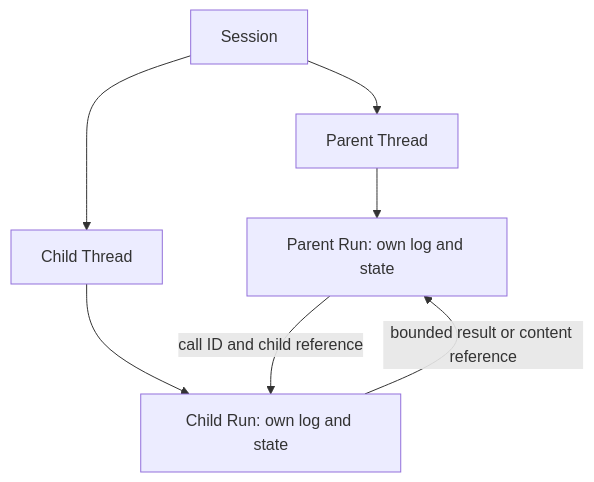
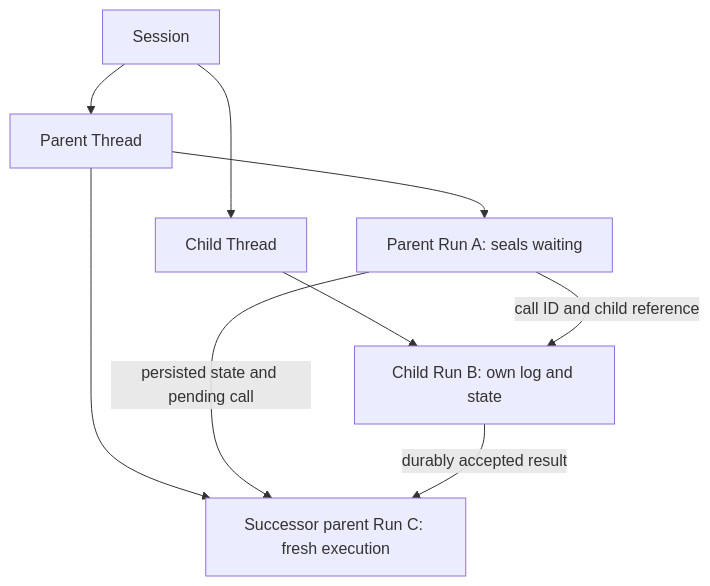
Before and after one commit to converge-ai-labs/agent-foundation: the diagram in spec/a13n-service/journal-proposal/04-usage-and-subagents.md, drawn with Mermaid. The commit also changed other lines of this file and 6 other files, not shown here.

````diff
--- a/spec/a13n-service/journal-proposal/04-usage-and-subagents.md
+++ b/spec/a13n-service/journal-proposal/04-usage-and-subagents.md
@@ -66,9 +67,11 @@
 ```mermaid
 flowchart TD
     S["Session"] --> P["Parent Thread"]
     S --> C["Child Thread"]
-    P --> PR["Parent Run: own log and state"]
-    C --> CR["Child Run: own log and state"]
+    P --> PR["Parent Run A: seals waiting"]
+    P --> SR["Successor parent Run C: fresh execution"]
+    C --> CR["Child Run B: own log and state"]
     PR -->|"call ID and child reference"| CR
-    CR -->|"bounded result or content reference"| PR
+    PR -->|"persisted state and pending call"| SR
+    CR -->|"durably accepted result"| SR
 ```
````
